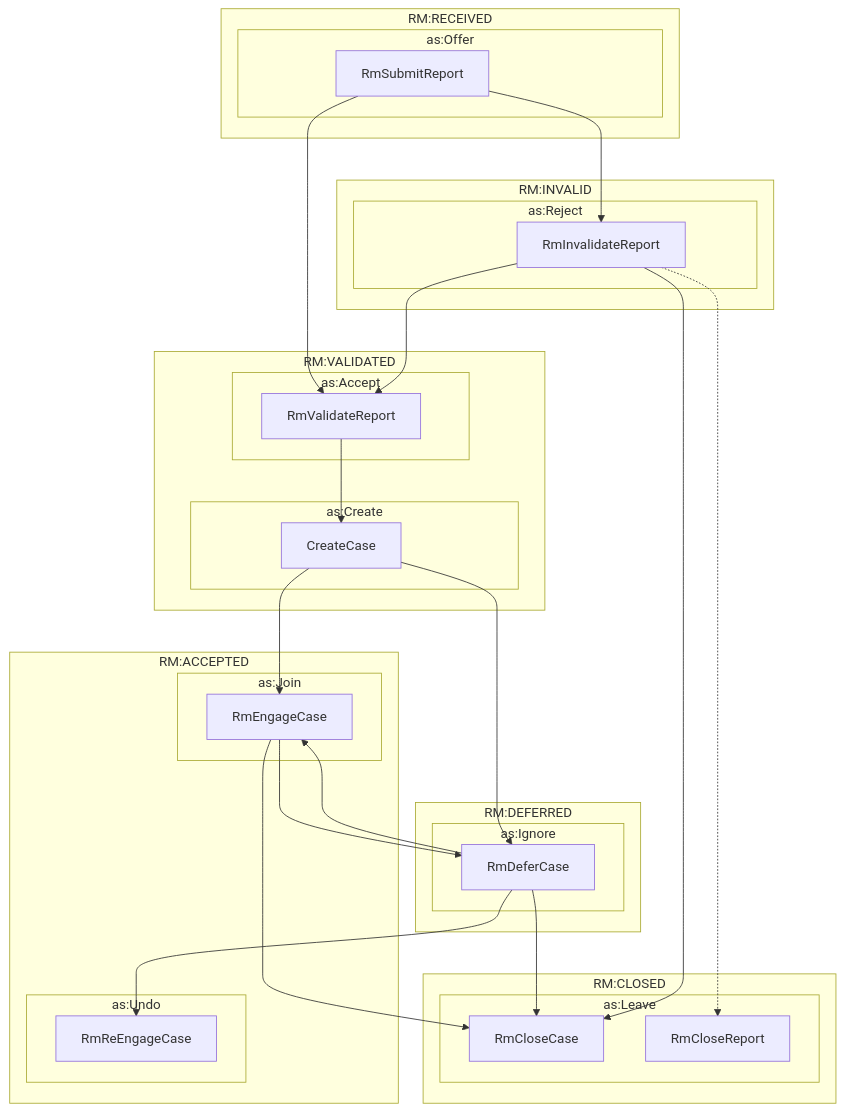
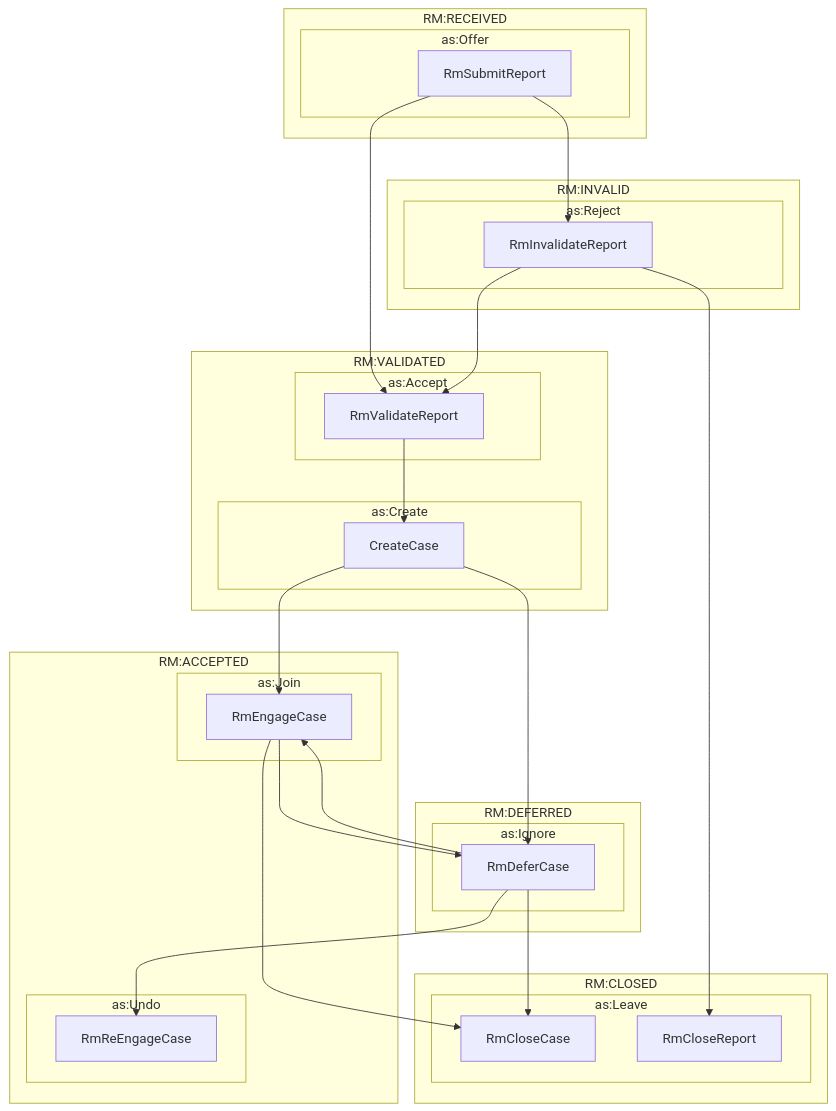
One commit to ahouseholder/Vultron changed the diagram in docs/howto/activitypub/activities/manage_case.md. Above: the diagram before and after it, drawn with Mermaid.

Commit message:
update diagram

````diff
--- a/docs/howto/activitypub/activities/manage_case.md
+++ b/docs/howto/activitypub/activities/manage_case.md
@@ -6,54 +6,53 @@
 ```mermaid
 flowchart TB
     subgraph RM:RECEIVED
         subgraph as:Offer
             RmSubmitReport
         end
     end
     subgraph RM:VALIDATED 
         subgraph as:Accept
             RmValidateReport
         end
         subgraph as:Create
             CreateCase
         end
     end
     subgraph RM:INVALID
         subgraph as:Reject
             RmInvalidateReport
         end
     end
     subgraph RM:ACCEPTED
         subgraph as:Join
             RmEngageCase
         end
         subgraph as:Undo
             RmReEngageCase
         end
     end
     subgraph RM:DEFERRED
         subgraph as:Ignore
             RmDeferCase
         end
     end
     subgraph RM:CLOSED
         subgraph as:Leave
             RmCloseCase
             RmCloseReport
         end
     end
 
     RmSubmitReport --> RmValidateReport
     RmSubmitReport --> RmInvalidateReport
     RmValidateReport --> CreateCase
     CreateCase --> RmEngageCase
     RmInvalidateReport --> RmValidateReport
     RmEngageCase --> RmCloseCase
     RmEngageCase --> RmDeferCase
     CreateCase --> RmDeferCase
     RmDeferCase --> RmEngageCase
     RmDeferCase --> RmCloseCase
-    RmDeferCase --> RmReEngageCase    
-    RmInvalidateReport --> RmCloseCase
-    RmInvalidateReport -.-> RmCloseReport
+    RmDeferCase --> RmReEngageCase
+    RmInvalidateReport --> RmCloseReport
 ```
````
